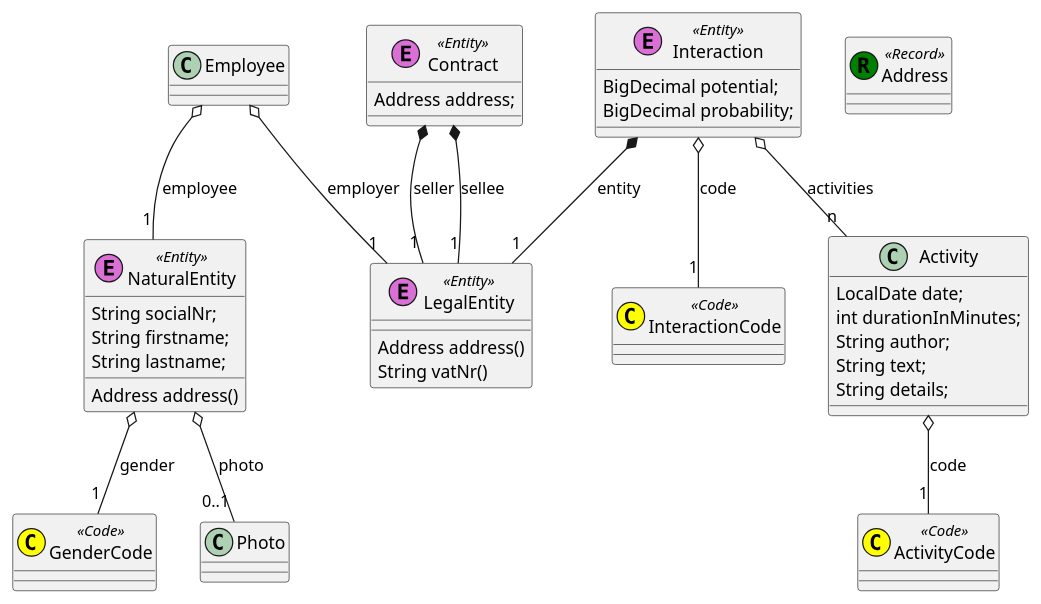
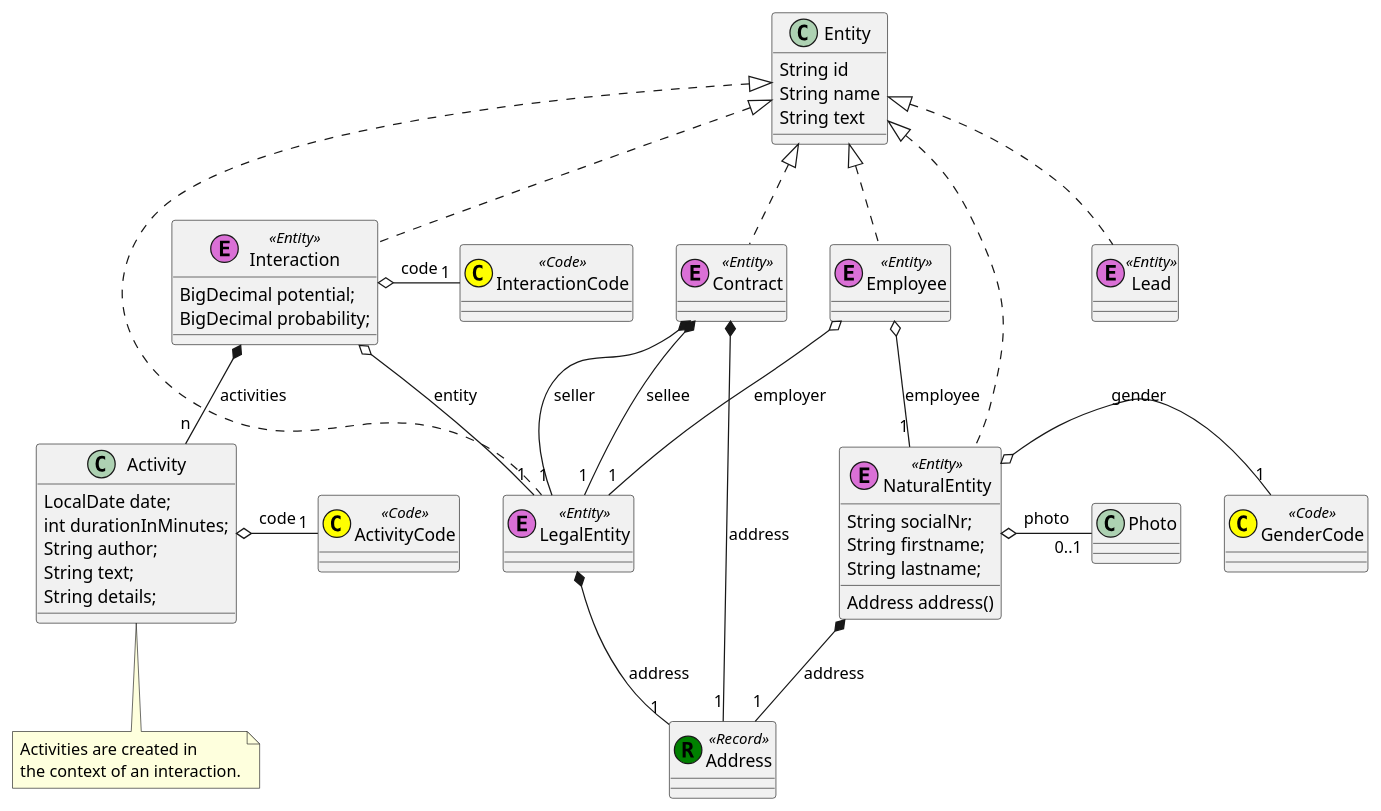
The diagram in net.tangly.erp.crm/src/site/models.adoc (tangly-team/tangly-os), drawn with PlantUML before and after one commit. The commit also changed 81 other files, not shown here.

```diff
--- a/net.tangly.erp.crm/src/site/models.adoc
+++ b/net.tangly.erp.crm/src/site/models.adoc
@@ -78,57 +78,76 @@
 [plantuml,crm-model-uml,svg]
 ....
 @startuml
 
 class GenderCode <<(C, yellow) Code>> {}
 class ActivityCode <<(C, yellow) Code>> {}
 class InteractionCode <<(C, yellow) Code>> {}
 
 class Address <<(R, green) Record>> {}
 
-class LegalEntity  <<(E,orchid) Entity>> {
-    Address address()
-    String vatNr()
+class Entity {
+    String id
+    String name
+    String text
 }
+
+class Lead <<(E,orchid) Entity>> {
+}
+
+Entity <|.. Lead
+
+class LegalEntity <<(E,orchid) Entity>> {
+}
+Entity <|.. LegalEntity
+LegalEntity *-- "1" Address : address
+
 
 class NaturalEntity <<(E,orchid) Entity>> {
     String socialNr;
     String firstname;
     String lastname;
     Address address()
 }
-NaturalEntity o-- "0..1" Photo : photo
-NaturalEntity o-- "1" GenderCode : gender
+Entity <|.. NaturalEntity
+NaturalEntity o- "0..1" Photo : photo
+NaturalEntity o- "1" GenderCode : gender
+NaturalEntity *- "1" Address : address
 
-class Employee {
+class Employee <<(E,orchid) Entity>> {
 }
-
+Entity <|.. Employee
 Employee o-- "1" NaturalEntity : employee
 Employee o-- "1" LegalEntity : employer
 
 class Activity {
     LocalDate date;
     int durationInMinutes;
     String author;
     String text;
     String details;
 }
-Activity o-- "1" ActivityCode : code
+Activity o- "1" ActivityCode : code
 
+Note bottom of Activity
+    Activities are created in
+    the context of an interaction.
+end note
 
 class Interaction <<(E,orchid) Entity>> {
     BigDecimal potential;
     BigDecimal probability;
 }
-Interaction *-- "1" LegalEntity : entity
-Interaction o-- "n" Activity : activities
-Interaction o-- "1" InteractionCode : code
+Entity <|.. Interaction
+Interaction o-- "1" LegalEntity : entity
+Interaction *-- "n" Activity : activities
+Interaction o- "1" InteractionCode : code
 
 class Contract <<(E,orchid) Entity>> {
-  Address address;
 }
-
+Entity <|.. Contract
 Contract *-- "1" LegalEntity : seller
 Contract *-- "1" LegalEntity : sellee
+Contract *-- "1" Address : address
 
 @enduml
 ....
```
